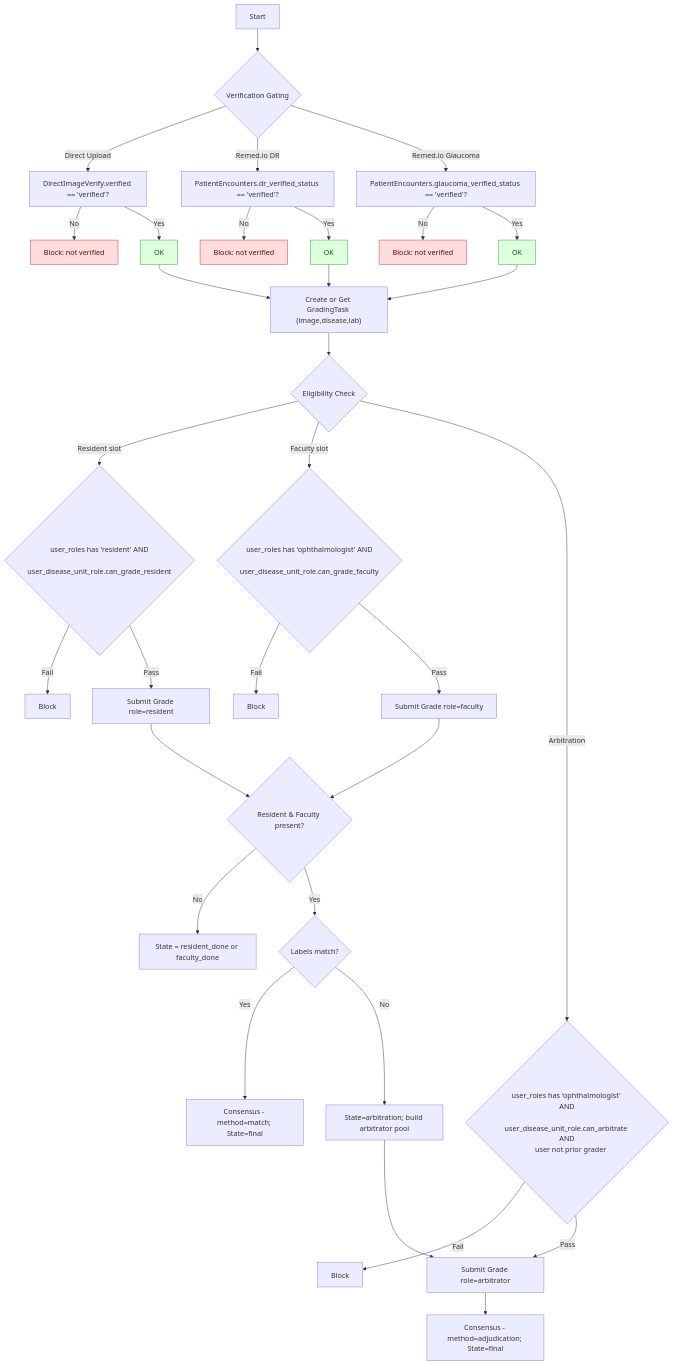
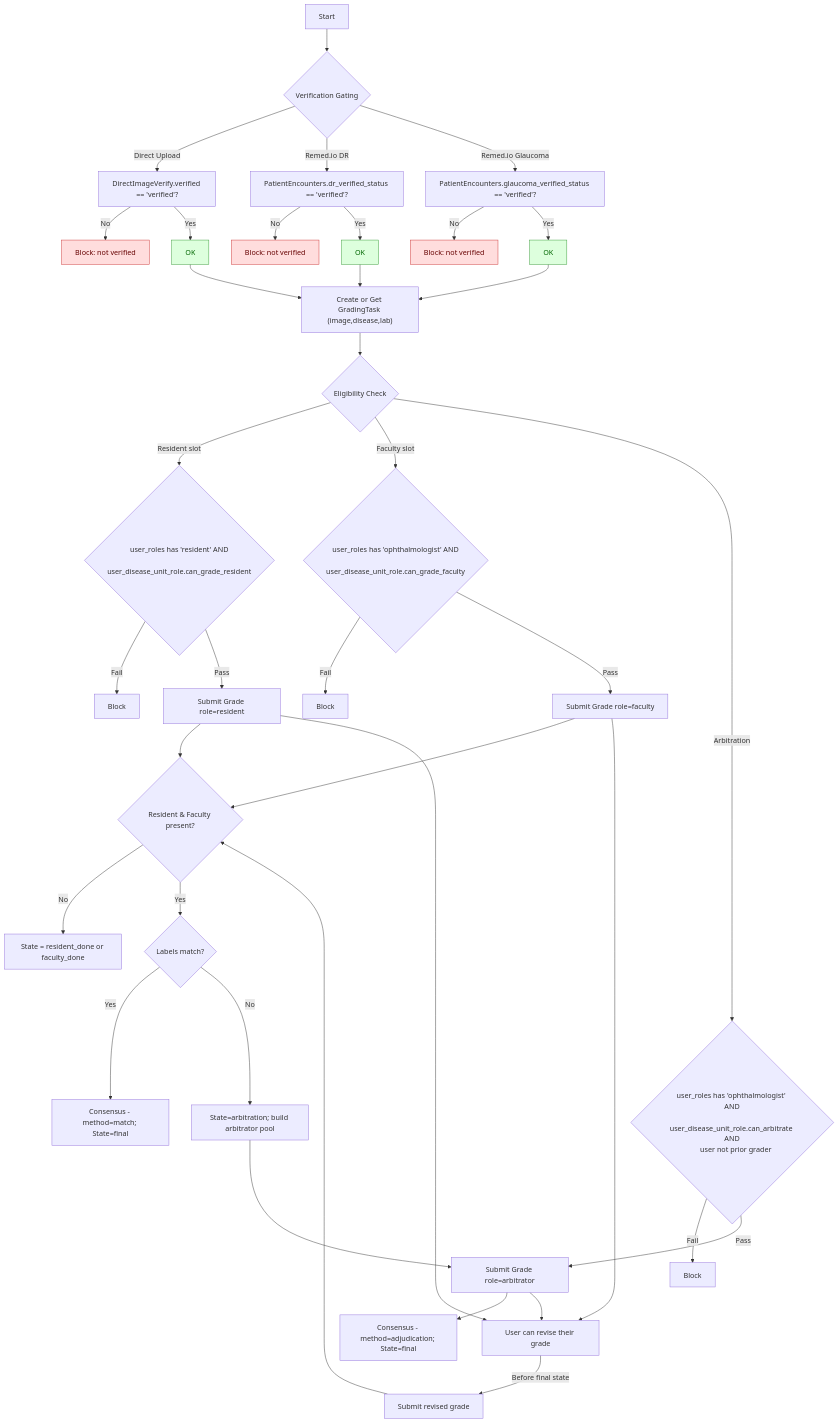
The first of 2 diagrams in TODO/dual_grading/001-overview.md (drguptavivek/fundus_img_xtract), drawn with Mermaid before and after one commit. The commit also changed other lines of this file and 4 other files, not shown here.

First line of the commit message:
I've updated the comments to make it clearer that we're not allowing revision of finalized   tasks. The implementation was already correct (we check for "final" state at the beginning   and return early if the task is finalized), but I've made the comments more explicit about   this.

````diff
--- a/TODO/dual_grading/001-overview.md
+++ b/TODO/dual_grading/001-overview.md
@@ -56,59 +59,65 @@
 ```mermaid
 flowchart TD
     %% Verification gating before any task creation
     S[Start] --> VG{Verification Gating}
     VG -->|Direct Upload| VGD[DirectImageVerify.verified == 'verified'?]
     VG -->|Remed.io DR| VDR[PatientEncounters.dr_verified_status == 'verified'?]
     VG -->|Remed.io Glaucoma| VGL[PatientEncounters.glaucoma_verified_status == 'verified'?]
 
     VGdNo[Block: not verified]:::stop
     VdrNo[Block: not verified]:::stop
     VglNo[Block: not verified]:::stop
 
     VGdYes[OK]:::ok
     VdrYes[OK]:::ok
     VglYes[OK]:::ok
 
     VGD -->|No| VGdNo
     VGD -->|Yes| VGdYes
     VDR -->|No| VdrNo
     VDR -->|Yes| VdrYes
     VGL -->|No| VglNo
     VGL -->|Yes| VglYes
 
     %% Task creation (native disease or ensure_task)
     VGdYes --> CT["Create or Get GradingTask (image,disease,lab)"]
     VdrYes --> CT
     VglYes --> CT
 
     %% Eligibility check per slot prior to grading
     CT --> EC{Eligibility Check}
     EC -->|Resident slot| ER{user_roles has 'resident' AND
     user_disease_unit_role.can_grade_resident}
     EC -->|Faculty slot| EF{user_roles has 'ophthalmologist' AND
     user_disease_unit_role.can_grade_faculty}
     EC -->|Arbitration| EA{user_roles has 'ophthalmologist' AND
     user_disease_unit_role.can_arbitrate AND
     user not prior grader}
 
     ER -->|Fail| BR[Block]
     EF -->|Fail| BF[Block]
     EA -->|Fail| BA[Block]
     ER -->|Pass| GR["Submit Grade role=resident"]
     EF -->|Pass| GF["Submit Grade role=faculty"]
     EA -->|Pass| GA["Submit Grade role=arbitrator"]
 
     %% Dual grading convergence
     GR --> CK{"Resident & Faculty present?"}
     GF --> CK
     CK -->|No| WAIT["State = resident_done or faculty_done"]
     CK -->|Yes| MATCH{Labels match?}
     MATCH -->|Yes| CM["Consensus - method=match; State=final"]
     MATCH -->|No| ARB["State=arbitration; build arbitrator pool"]
     ARB --> GA
     GA --> CA["Consensus - method=adjudication; State=final"]
 
+    %% Revision functionality
+    GR --> REV[User can revise their grade]
+    GF --> REV
+    GA --> REV
+    REV -->|Before final state| REVSUB[Submit revised grade]
+    REVSUB --> CK
+
     classDef stop fill:#fdd,stroke:#c33,stroke-width:1px,color:#600
     classDef ok fill:#dfd,stroke:#393,stroke-width:1px,color:#060
-
 ```
````
